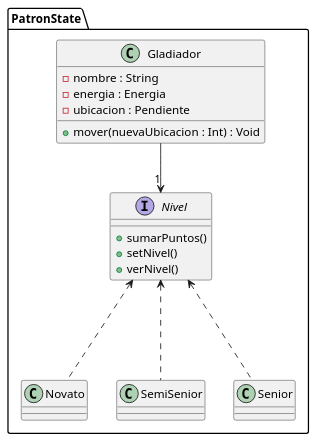
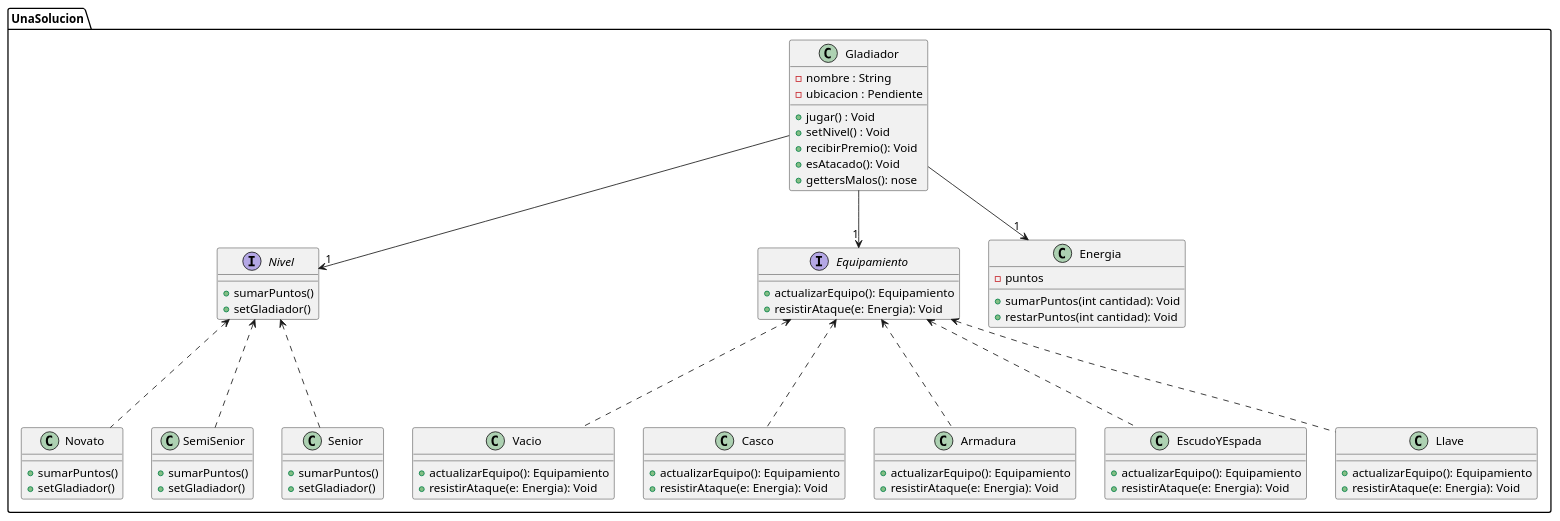
The diagram in diagrams/classes/clase_gladiador.plantuml (lautiland/TP2-ALGO3-ALGOROMA), drawn with PlantUML before and after one commit. The commit also changed 8 other files, not shown here.

Commit message:
Agrego diagrama uml en classes

```diff
--- a/diagrams/classes/clase_gladiador.plantuml
+++ b/diagrams/classes/clase_gladiador.plantuml
@@ -1,42 +1,95 @@
 @startuml
 
 ' fuente: https://plantuml.com/es/class-diagram
 
-package PatronState {
+package UnaSolucion {
 
 
         Gladiador --> "1" Nivel
+        Gladiador --> "1" Equipamiento
+        Gladiador --> "1" Energia
         Nivel <--. Novato
         Nivel <--. SemiSenior
         Nivel <--. Senior
+        Equipamiento <--. Vacio
+        Equipamiento <--. Casco
+        Equipamiento <--. Armadura
+        Equipamiento <--. EscudoYEspada
+        Equipamiento <--. Llave
+
 
         class Gladiador {
             - nombre : String
-            - energia : Energia
             - ubicacion : Pendiente
+            + jugar() : Void
+            + setNivel() : Void
+            + recibirPremio(): Void
+            + esAtacado(): Void
+            + gettersMalos(): nose
 
-            +mover(nuevaUbicacion : Int) : Void
         }
 
         interface Nivel {
             + sumarPuntos()
-            + setNivel()
-            + verNivel()
+            + setGladiador()
+
         }
 
         class Novato {
+            + sumarPuntos()
+            + setGladiador()
+        }
+
+        class SemiSenior {
+            + sumarPuntos()
+            + setGladiador()
+        }
+
+        class Senior {
+            + sumarPuntos()
+            + setGladiador()
+        }
+
+        interface Equipamiento{
+            + actualizarEquipo(): Equipamiento
+            + resistirAtaque(e: Energia): Void
 
         }
 
-        class SemiSenior {
+        class Energia {
+            - puntos
+            + sumarPuntos(int cantidad): Void
+            + restarPuntos(int cantidad): Void
         }
 
-        class Senior {
+        class Vacio {
+        + actualizarEquipo(): Equipamiento
+        + resistirAtaque(e: Energia): Void
+        }
+
+        class Casco {
+            + actualizarEquipo(): Equipamiento
+            + resistirAtaque(e: Energia): Void
+        }
+
+        class Armadura {
+            + actualizarEquipo(): Equipamiento
+            + resistirAtaque(e: Energia): Void
+        }
+
+        class EscudoYEspada {
+            + actualizarEquipo(): Equipamiento
+            + resistirAtaque(e: Energia): Void
+        }
+
+        class Llave {
+            + actualizarEquipo(): Equipamiento
+            + resistirAtaque(e: Energia): Void
         }
 
 
 
 
 }
 
 @enduml
```
